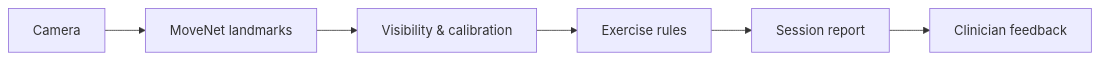
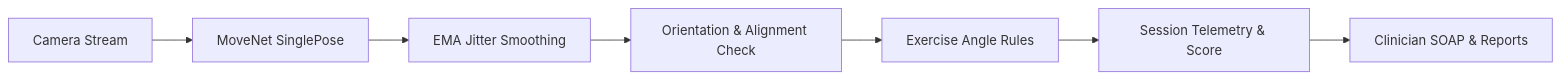
One commit to dipesh4000/Kineticare changed the diagram in README.md. Above: the diagram before and after it, drawn with Mermaid. The commit also changed other lines of this file and 23 other files, not shown here.

````diff
--- a/README.md
+++ b/README.md
@@ -94,8 +125,9 @@
 ```mermaid
 flowchart LR
-    A["Camera"] --> B["MoveNet landmarks"]
-    B --> C["Visibility & calibration"]
-    C --> D["Exercise rules"]
-    D --> E["Session report"]
-    E --> F["Clinician feedback"]
+    A["Camera Stream"] --> B["MoveNet SinglePose"]
+    B --> C["EMA Jitter Smoothing"]
+    C --> D["Orientation & Alignment Check"]
+    D --> E["Exercise Angle Rules"]
+    E --> F["Session Telemetry & Score"]
+    F --> G["Clinician SOAP & Reports"]
 ```
````
